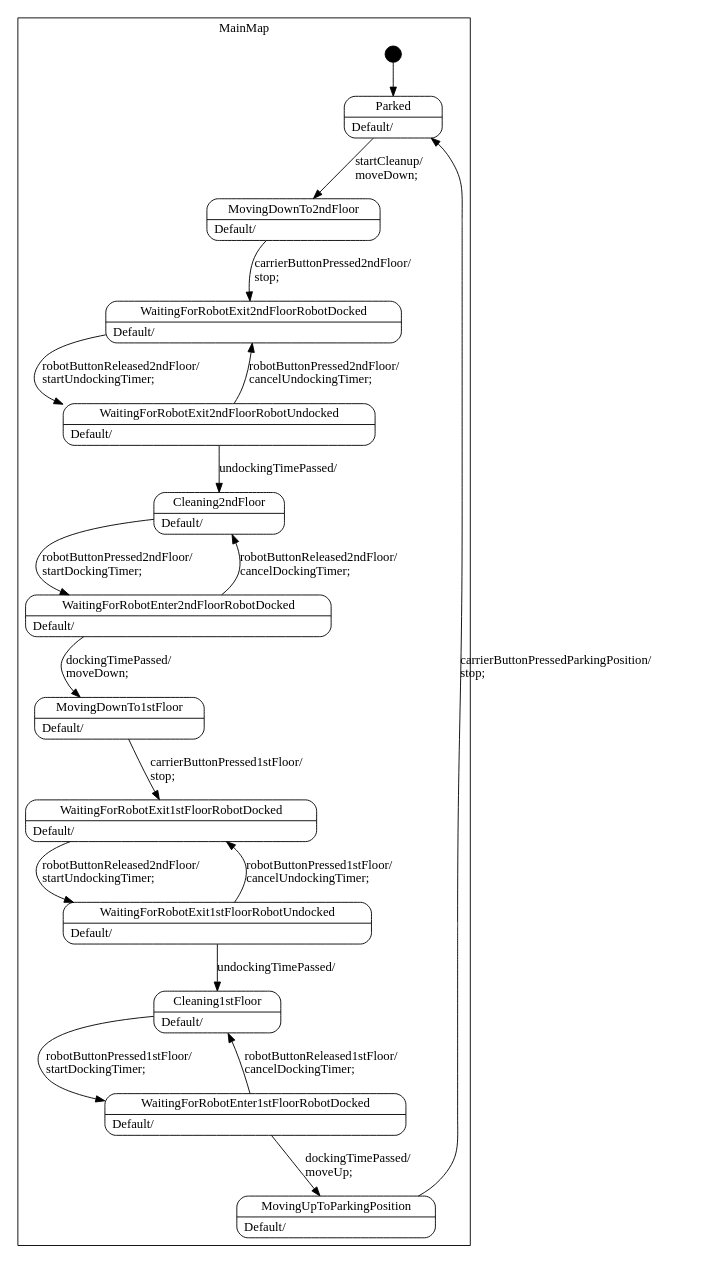
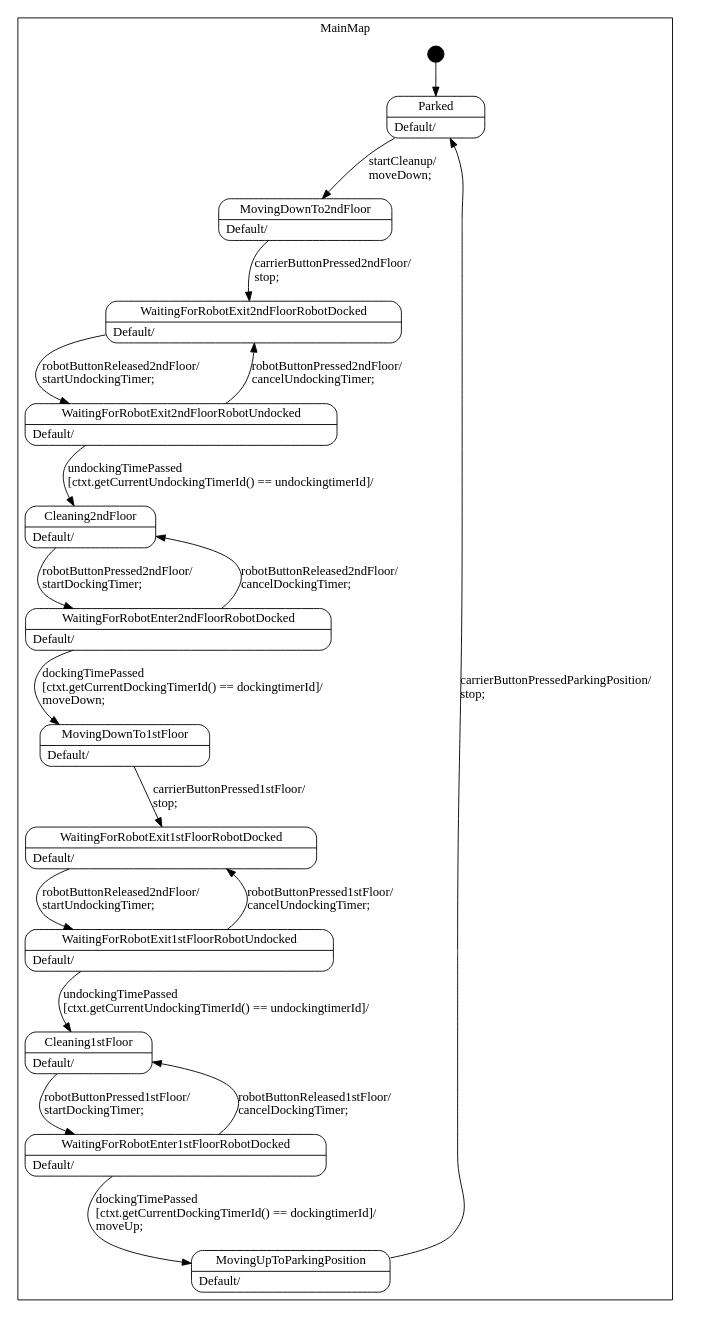
One commit to KarlKulator/Robotelevator changed the diagram in src/statemachine/RobotelevatorStatemachine_sm.dot. Above: the diagram before and after it, drawn with Graphviz. The commit also changed 17 other files, not shown here.

```diff
--- a/src/statemachine/RobotelevatorStatemachine_sm.dot
+++ b/src/statemachine/RobotelevatorStatemachine_sm.dot
@@ -1,109 +1,109 @@
 digraph RobotelevatorStatemachine {
 
     node
         [shape=Mrecord width=1.5];
 
     subgraph cluster_MainMap {
 
         label="MainMap";
 
         //
         // States (Nodes)
         //
 
         "MainMap::Parked"
             [label="{Parked|Default/\l}"];
 
         "MainMap::MovingDownTo2ndFloor"
             [label="{MovingDownTo2ndFloor|Default/\l}"];
 
         "MainMap::WaitingForRobotExit2ndFloorRobotDocked"
             [label="{WaitingForRobotExit2ndFloorRobotDocked|Default/\l}"];
 
         "MainMap::WaitingForRobotExit2ndFloorRobotUndocked"
             [label="{WaitingForRobotExit2ndFloorRobotUndocked|Default/\l}"];
 
         "MainMap::Cleaning2ndFloor"
             [label="{Cleaning2ndFloor|Default/\l}"];
 
         "MainMap::WaitingForRobotEnter2ndFloorRobotDocked"
             [label="{WaitingForRobotEnter2ndFloorRobotDocked|Default/\l}"];
 
         "MainMap::MovingDownTo1stFloor"
             [label="{MovingDownTo1stFloor|Default/\l}"];
 
         "MainMap::WaitingForRobotExit1stFloorRobotDocked"
             [label="{WaitingForRobotExit1stFloorRobotDocked|Default/\l}"];
 
         "MainMap::WaitingForRobotExit1stFloorRobotUndocked"
             [label="{WaitingForRobotExit1stFloorRobotUndocked|Default/\l}"];
 
         "MainMap::Cleaning1stFloor"
             [label="{Cleaning1stFloor|Default/\l}"];
 
         "MainMap::WaitingForRobotEnter1stFloorRobotDocked"
             [label="{WaitingForRobotEnter1stFloorRobotDocked|Default/\l}"];
 
         "MainMap::MovingUpToParkingPosition"
             [label="{MovingUpToParkingPosition|Default/\l}"];
 
         "%start"
             [label="" shape=circle style=filled fillcolor=black width=0.25];
 
     }
 
     //
     // Transitions (Edges)
     //
 
     "MainMap::Parked" -> "MainMap::MovingDownTo2ndFloor"
         [label="startCleanup/\lmoveDown;\l"];
 
     "MainMap::MovingDownTo2ndFloor" -> "MainMap::WaitingForRobotExit2ndFloorRobotDocked"
         [label="carrierButtonPressed2ndFloor/\lstop;\l"];
 
     "MainMap::WaitingForRobotExit2ndFloorRobotDocked" -> "MainMap::WaitingForRobotExit2ndFloorRobotUndocked"
         [label="robotButtonReleased2ndFloor/\lstartUndockingTimer;\l"];
 
     "MainMap::WaitingForRobotExit2ndFloorRobotUndocked" -> "MainMap::Cleaning2ndFloor"
-        [label="undockingTimePassed/\l"];
+        [label="undockingTimePassed\l\[ctxt.getCurrentUndockingTimerId() == undockingtimerId\]/\l"];
 
     "MainMap::WaitingForRobotExit2ndFloorRobotUndocked" -> "MainMap::WaitingForRobotExit2ndFloorRobotDocked"
         [label="robotButtonPressed2ndFloor/\lcancelUndockingTimer;\l"];
 
     "MainMap::Cleaning2ndFloor" -> "MainMap::WaitingForRobotEnter2ndFloorRobotDocked"
         [label="robotButtonPressed2ndFloor/\lstartDockingTimer;\l"];
 
     "MainMap::WaitingForRobotEnter2ndFloorRobotDocked" -> "MainMap::MovingDownTo1stFloor"
-        [label="dockingTimePassed/\lmoveDown;\l"];
+        [label="dockingTimePassed\l\[ctxt.getCurrentDockingTimerId() == dockingtimerId\]/\lmoveDown;\l"];
 
     "MainMap::WaitingForRobotEnter2ndFloorRobotDocked" -> "MainMap::Cleaning2ndFloor"
         [label="robotButtonReleased2ndFloor/\lcancelDockingTimer;\l"];
 
     "MainMap::MovingDownTo1stFloor" -> "MainMap::WaitingForRobotExit1stFloorRobotDocked"
         [label="carrierButtonPressed1stFloor/\lstop;\l"];
 
     "MainMap::WaitingForRobotExit1stFloorRobotDocked" -> "MainMap::WaitingForRobotExit1stFloorRobotUndocked"
         [label="robotButtonReleased2ndFloor/\lstartUndockingTimer;\l"];
 
     "MainMap::WaitingForRobotExit1stFloorRobotUndocked" -> "MainMap::Cleaning1stFloor"
-        [label="undockingTimePassed/\l"];
+        [label="undockingTimePassed\l\[ctxt.getCurrentUndockingTimerId() == undockingtimerId\]/\l"];
 
     "MainMap::WaitingForRobotExit1stFloorRobotUndocked" -> "MainMap::WaitingForRobotExit1stFloorRobotDocked"
         [label="robotButtonPressed1stFloor/\lcancelUndockingTimer;\l"];
 
     "MainMap::Cleaning1stFloor" -> "MainMap::WaitingForRobotEnter1stFloorRobotDocked"
         [label="robotButtonPressed1stFloor/\lstartDockingTimer;\l"];
 
     "MainMap::WaitingForRobotEnter1stFloorRobotDocked" -> "MainMap::MovingUpToParkingPosition"
-        [label="dockingTimePassed/\lmoveUp;\l"];
+        [label="dockingTimePassed\l\[ctxt.getCurrentDockingTimerId() == dockingtimerId\]/\lmoveUp;\l"];
 
     "MainMap::WaitingForRobotEnter1stFloorRobotDocked" -> "MainMap::Cleaning1stFloor"
         [label="robotButtonReleased1stFloor/\lcancelDockingTimer;\l"];
 
     "MainMap::MovingUpToParkingPosition" -> "MainMap::Parked"
         [label="carrierButtonPressedParkingPosition/\lstop;\l"];
 
     "%start" -> "MainMap::Parked"
 
 }
```
